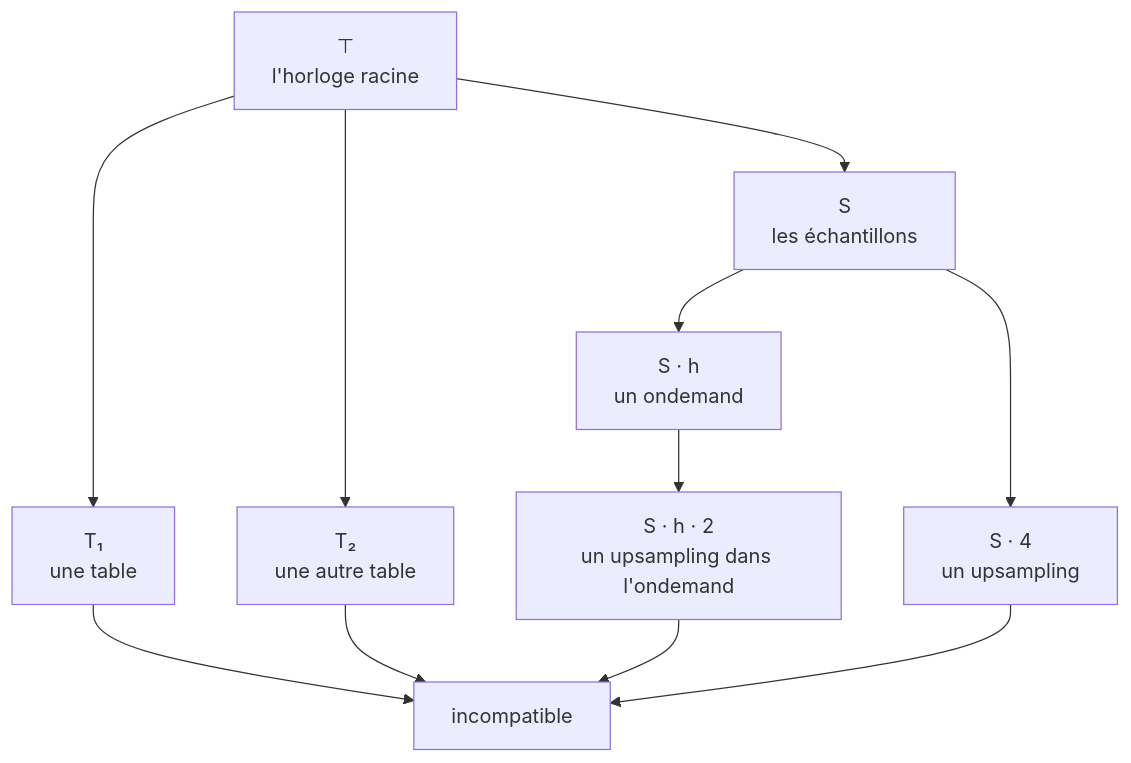
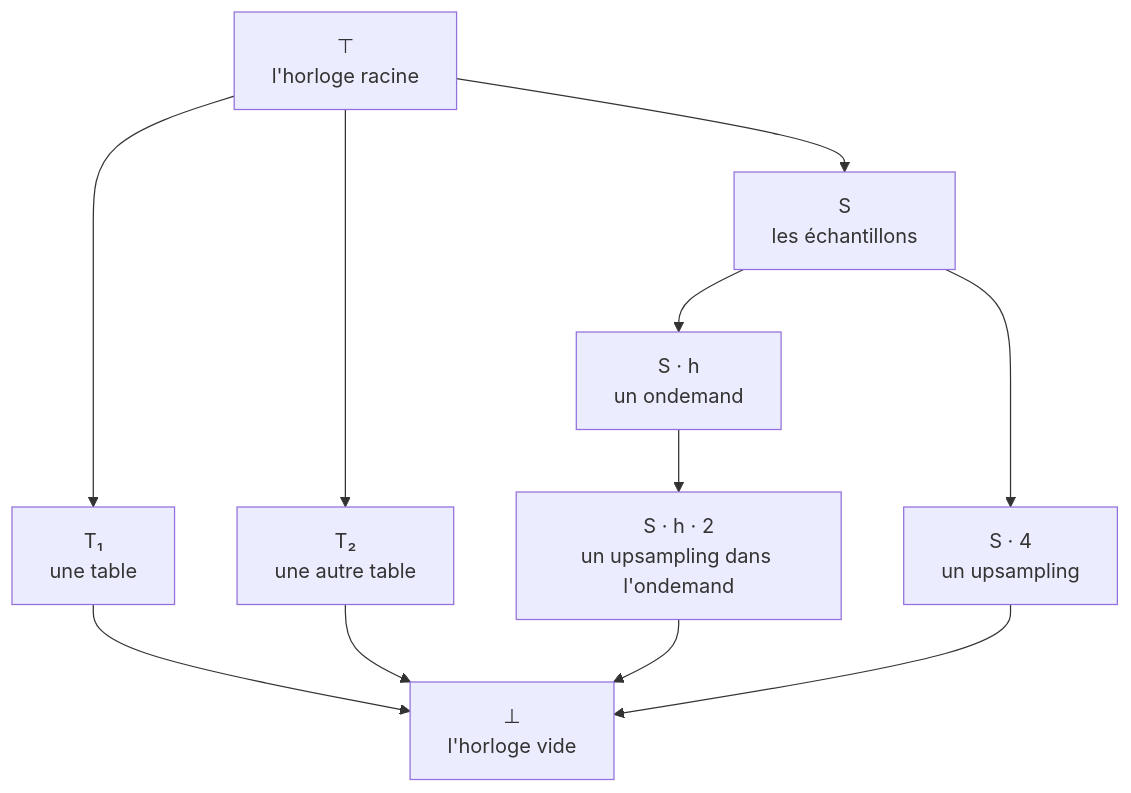
One commit to orlarey/faust-ondemand-spec changed the diagram in clocks.md. Above: the diagram before and after it, drawn with Mermaid. The commit also changed other lines of this file, not shown here.

````diff
--- a/clocks.md
+++ b/clocks.md
@@ -203,21 +205,21 @@
 ```mermaid "Le treillis des horloges d'un programme" \label{fig:treillis}
 flowchart TD
   R["⊤<br>l'horloge racine"]
   T1["T₁<br>une table"]
   T2["T₂<br>une autre table"]
   S["S<br>les échantillons"]
   A["S · h<br>un ondemand"]
   B["S · 4<br>un upsampling"]
   C["S · h · 2<br>un upsampling dans l'ondemand"]
-  X["incompatible"]
+  X["⊥<br>l'horloge vide"]
   R --> T1
   R --> T2
   R --> S
   S --> A
   S --> B
   A --> C
   T1 --> X
   T2 --> X
   C --> X
   B --> X
 ```
````
